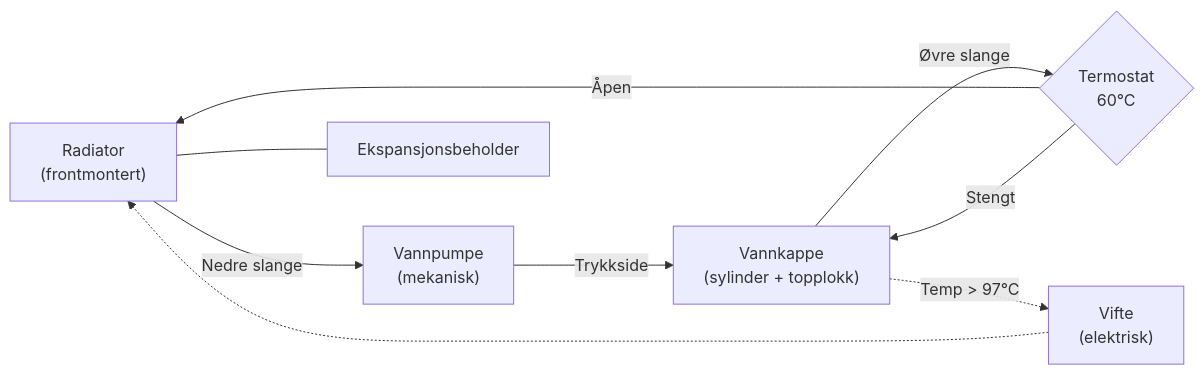
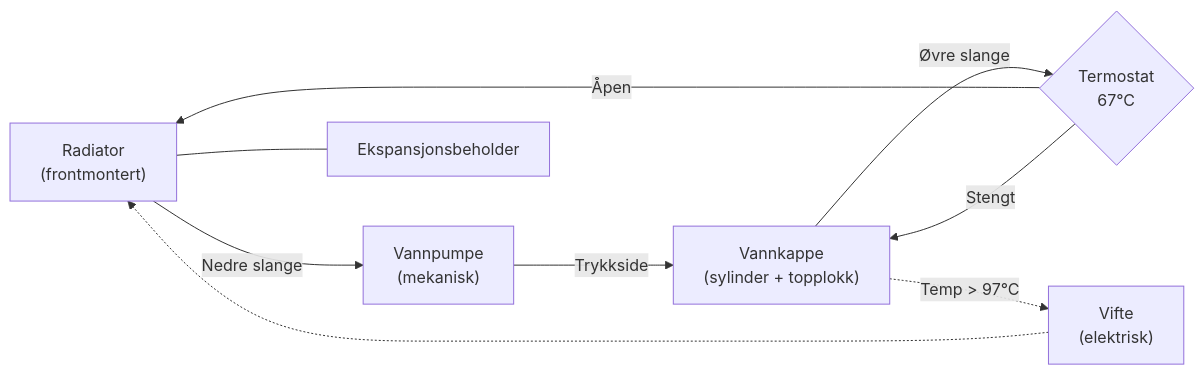
Before and after one commit to egkristi/derbisenda: the diagram in docs/troubleshooting/overheating.md, drawn with Mermaid. The commit also changed other lines of this file and 9 other files, not shown here.

````diff
--- a/docs/troubleshooting/overheating.md
+++ b/docs/troubleshooting/overheating.md
@@ -8,11 +8,11 @@
 ```mermaid
 flowchart LR
     R["Radiator\n(frontmontert)"] -->|Nedre slange| VP["Vannpumpe\n(mekanisk)"]
     VP -->|Trykkside| VK["Vannkappe\n(sylinder + topplokk)"]
-    VK -->|Øvre slange| T{"Termostat\n60°C"}
+    VK -->|Øvre slange| T{"Termostat\n67°C"}
     T -->|Åpen| R
     T -->|Stengt| VK
     VK -.->|Temp > 97°C| V["Vifte\n(elektrisk)"]
     V -.-> R
     R --- EB["Ekspansjonsbeholder"]
 ```
````
